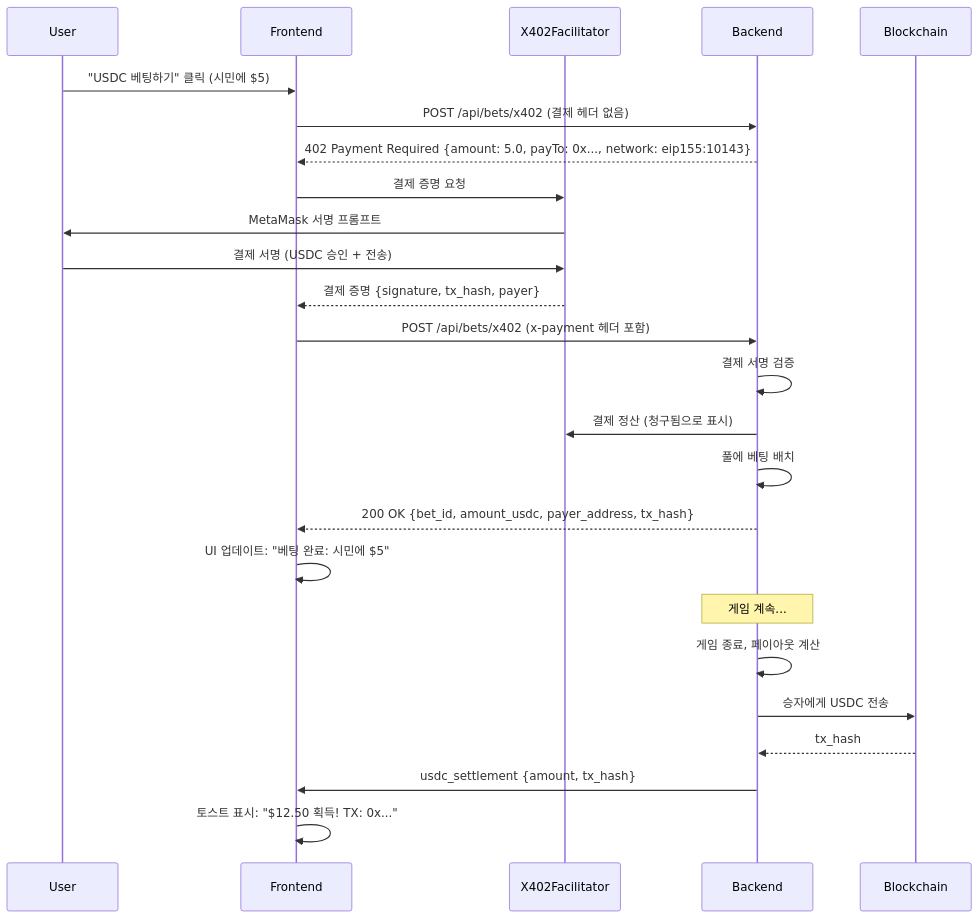
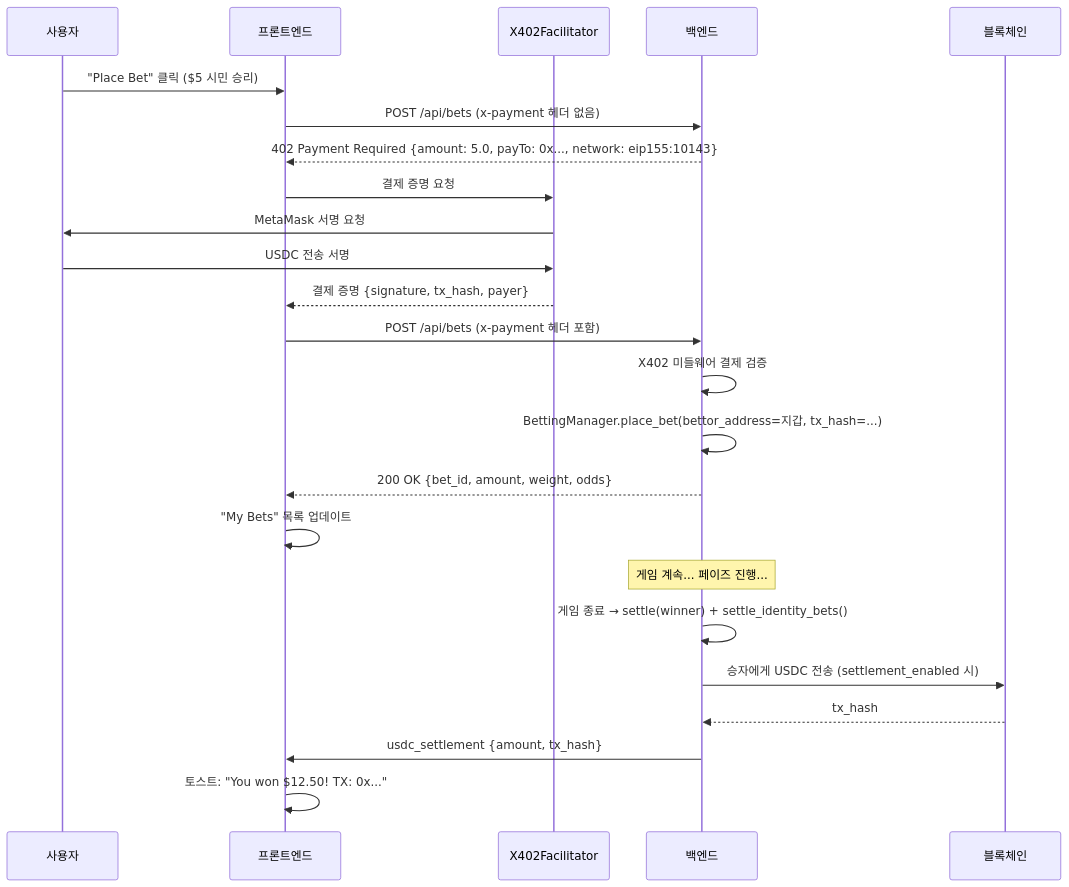
The third of 7 diagrams in docs/USERFLOW.ko.md (0xarkstar/mafi-AI), drawn with Mermaid before and after one commit. The commit also changed other lines of this file and 1 other file, not shown here.

First line of the commit message:
docs: rewrite USERFLOW with actor-based architecture and corrected betting model

````diff
--- a/docs/USERFLOW.ko.md
+++ b/docs/USERFLOW.ko.md
@@ -447,33 +263,32 @@
 ```mermaid
 sequenceDiagram
-    participant User
-    participant Frontend
+    participant 사용자
+    participant 프론트엔드
     participant X402Facilitator
-    participant Backend
-    participant Blockchain
+    participant 백엔드
+    participant 블록체인
 
-    User->>Frontend: "USDC 베팅하기" 클릭 (시민에 $5)
-    Frontend->>Backend: POST /api/bets/x402 (결제 헤더 없음)
-    Backend-->>Frontend: 402 Payment Required {amount: 5.0, payTo: 0x..., network: eip155:10143}
+    사용자->>프론트엔드: "Place Bet" 클릭 ($5 시민 승리)
+    프론트엔드->>백엔드: POST /api/bets (x-payment 헤더 없음)
+    백엔드-->>프론트엔드: 402 Payment Required {amount: 5.0, payTo: 0x..., network: eip155:10143}
 
-    Frontend->>X402Facilitator: 결제 증명 요청
-    X402Facilitator->>User: MetaMask 서명 프롬프트
-    User->>X402Facilitator: 결제 서명 (USDC 승인 + 전송)
-    X402Facilitator-->>Frontend: 결제 증명 {signature, tx_hash, payer}
+    프론트엔드->>X402Facilitator: 결제 증명 요청
+    X402Facilitator->>사용자: MetaMask 서명 요청
+    사용자->>X402Facilitator: USDC 전송 서명
+    X402Facilitator-->>프론트엔드: 결제 증명 {signature, tx_hash, payer}
 
-    Frontend->>Backend: POST /api/bets/x402 (x-payment 헤더 포함)
-    Backend->>Backend: 결제 서명 검증
-    Backend->>X402Facilitator: 결제 정산 (청구됨으로 표시)
-    Backend->>Backend: 풀에 베팅 배치
-    Backend-->>Frontend: 200 OK {bet_id, amount_usdc, payer_address, tx_hash}
+    프론트엔드->>백엔드: POST /api/bets (x-payment 헤더 포함)
+    백엔드->>백엔드: X402 미들웨어 결제 검증
+    백엔드->>백엔드: BettingManager.place_bet(bettor_address=지갑, tx_hash=...)
+    백엔드-->>프론트엔드: 200 OK {bet_id, amount, weight, odds}
 
-    Frontend->>Frontend: UI 업데이트: "베팅 완료: 시민에 $5"
+    프론트엔드->>프론트엔드: "My Bets" 목록 업데이트
 
-    Note over Backend: 게임 계속...
+    Note over 백엔드: 게임 계속... 페이즈 진행...
 
-    Backend->>Backend: 게임 종료, 페이아웃 계산
-    Backend->>Blockchain: 승자에게 USDC 전송
-    Blockchain-->>Backend: tx_hash
-    Backend->>Frontend: usdc_settlement {amount, tx_hash}
-    Frontend->>Frontend: 토스트 표시: "$12.50 획득! TX: 0x..."
+    백엔드->>백엔드: 게임 종료 → settle(winner) + settle_identity_bets()
+    백엔드->>블록체인: 승자에게 USDC 전송 (settlement_enabled 시)
+    블록체인-->>백엔드: tx_hash
+    백엔드->>프론트엔드: usdc_settlement {amount, tx_hash}
+    프론트엔드->>프론트엔드: 토스트: "You won $12.50! TX: 0x..."
 ```
````
